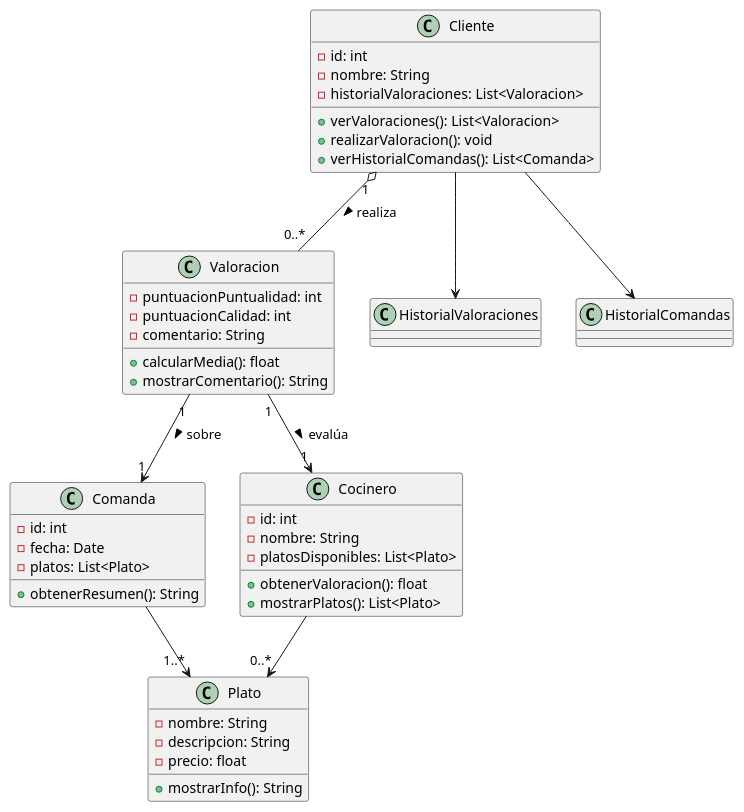
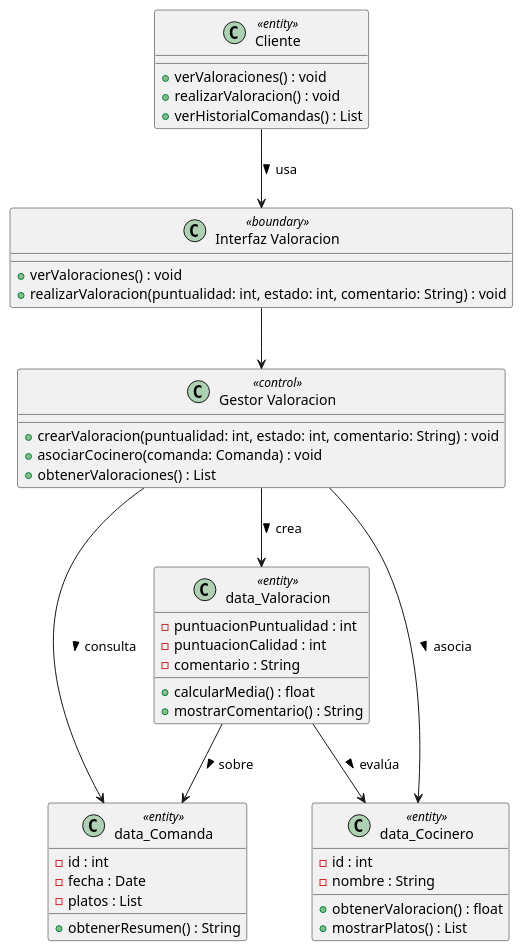
Before and after one commit to dabien3/ES25UAB-511-05: the diagram in documents/Diagrama Clases/CodeUML/bloq5.pUML, drawn with PlantUML. The commit also changed other lines of this file, not shown here.

```diff
--- a/documents/Diagrama Clases/CodeUML/bloq5.pUML
+++ b/documents/Diagrama Clases/CodeUML/bloq5.pUML
@@ -1,54 +1,55 @@
 @startuml
 
-class Valoracion {
-  - puntuacionPuntualidad: int
-  - puntuacionCalidad: int
-  - comentario: String
-  + calcularMedia(): float
-  + mostrarComentario(): String
+
+class Cliente <<entity>> {
+  +verValoraciones() : void
+  +realizarValoracion() : void
+  +verHistorialComandas() : List
 }
 
-class Comanda {
-  - id: int
-  - fecha: Date
-  - platos: List<Plato>
-  + obtenerResumen(): String
+class "data_Valoracion" as Valoracion <<entity>> {
+  - puntuacionPuntualidad : int
+  - puntuacionCalidad : int
+  - comentario : String
+  + calcularMedia() : float
+  + mostrarComentario() : String
 }
 
-class Cocinero {
-  - id: int
-  - nombre: String
-  - platosDisponibles: List<Plato>
-  + obtenerValoracion(): float
-  + mostrarPlatos(): List<Plato>
+class "data_Comanda" as Comanda <<entity>> {
+  - id : int
+  - fecha : Date
+  - platos : List
+  + obtenerResumen() : String
 }
 
-class Cliente {
-  - id: int
-  - nombre: String
-  - historialValoraciones: List<Valoracion>
-  + verValoraciones(): List<Valoracion>
-  + realizarValoracion(): void
-  + verHistorialComandas(): List<Comanda>
+class "data_Cocinero" as Cocinero <<entity>> {
+  - id : int
+  - nombre : String
+  + obtenerValoracion() : float
+  + mostrarPlatos() : List
 }
 
-class Plato {
-  - nombre: String
-  - descripcion: String
-  - precio: float
-  + mostrarInfo(): String
+
+class "Interfaz Valoracion" as InterfazValoracion <<boundary>> {
+  +verValoraciones() : void
+  +realizarValoracion(puntualidad: int, estado: int, comentario: String) : void
 }
 
-class HistorialValoraciones
-class HistorialComandas
 
-Cliente "1" o-- "0..*" Valoracion : realiza >
-Valoracion "1" --> "1" Comanda : sobre >
-Valoracion "1" --> "1" Cocinero : evalúa >
+class "Gestor Valoracion" as GestorValoracion <<control>> {
+  +crearValoracion(puntualidad: int, estado: int, comentario: String) : void
+  +asociarCocinero(comanda: Comanda) : void
+  +obtenerValoraciones() : List
+}
 
-Cliente --> HistorialValoraciones
-Cliente --> HistorialComandas
-Comanda --> "1..*" Plato
-Cocinero --> "0..*" Plato
+
+Cliente --> InterfazValoracion : usa >
+InterfazValoracion --> GestorValoracion
+GestorValoracion --> Valoracion : crea >
+GestorValoracion --> Comanda : consulta >
+GestorValoracion --> Cocinero : asocia >
+
+Valoracion --> Cocinero : evalúa >
+Valoracion --> Comanda : sobre >
 
 @enduml
```
